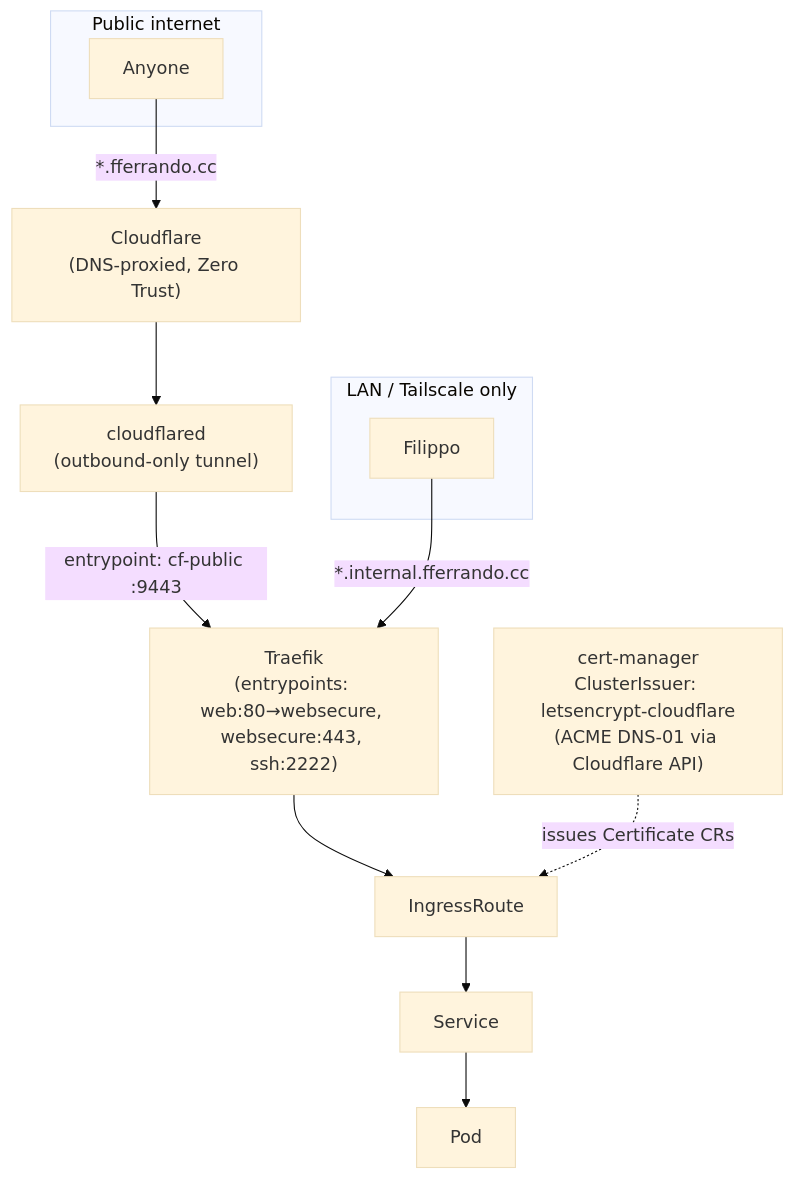
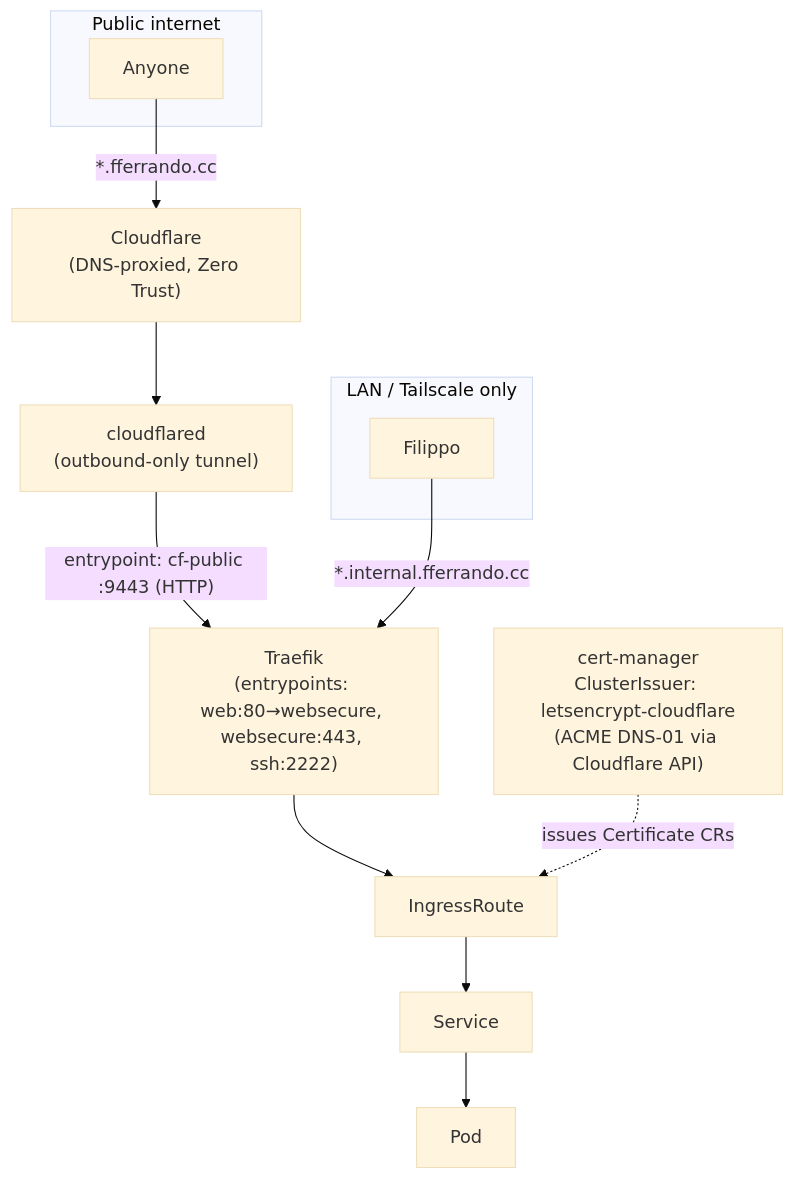
One commit to filippo-ferrando/k3s-homelab changed the fourth of 6 diagrams in README.md. Above: the diagram before and after it, drawn with Mermaid (base theme). The commit also changed other lines of this file and 36 other files, not shown here.

````diff
--- a/README.md
+++ b/README.md
@@ -222,19 +236,19 @@
 ```mermaid
 flowchart TB
     subgraph Public["Public internet"]
         PubUser["Anyone"]
     end
     subgraph Private["LAN / Tailscale only"]
         PrivUser["Filippo"]
     end
 
     PubUser -->|"*.fferrando.cc"| CF["Cloudflare\n(DNS-proxied, Zero Trust)"]
     CF --> Tunnel["cloudflared\n(outbound-only tunnel)"]
-    Tunnel -->|entrypoint: cf-public :9443| Traefik
+    Tunnel -->|"entrypoint: cf-public :9443 (HTTP)"| Traefik
 
     PrivUser -->|"*.internal.fferrando.cc"| Traefik["Traefik\n(entrypoints: web:80→websecure, websecure:443, ssh:2222)"]
 
     Traefik --> Route1[IngressRoute] --> Svc1[Service] --> Pod1[Pod]
 
     CM["cert-manager\nClusterIssuer: letsencrypt-cloudflare\n(ACME DNS-01 via Cloudflare API)"] -.->|issues Certificate CRs| Route1
 ```
````
